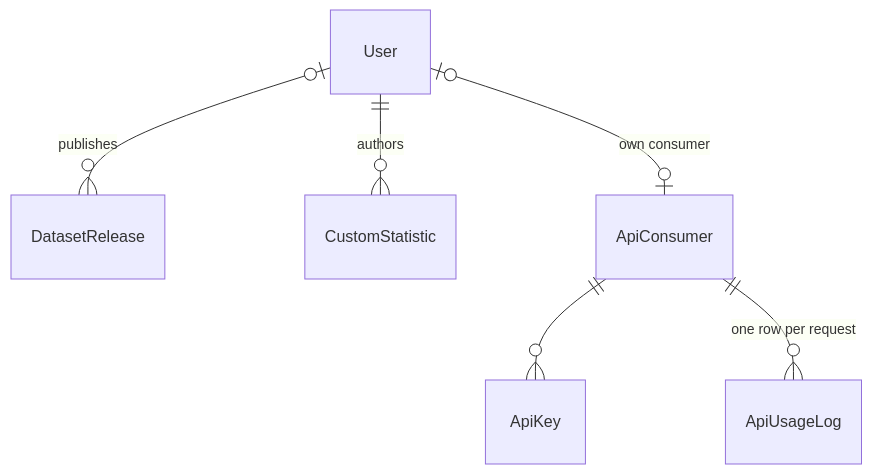
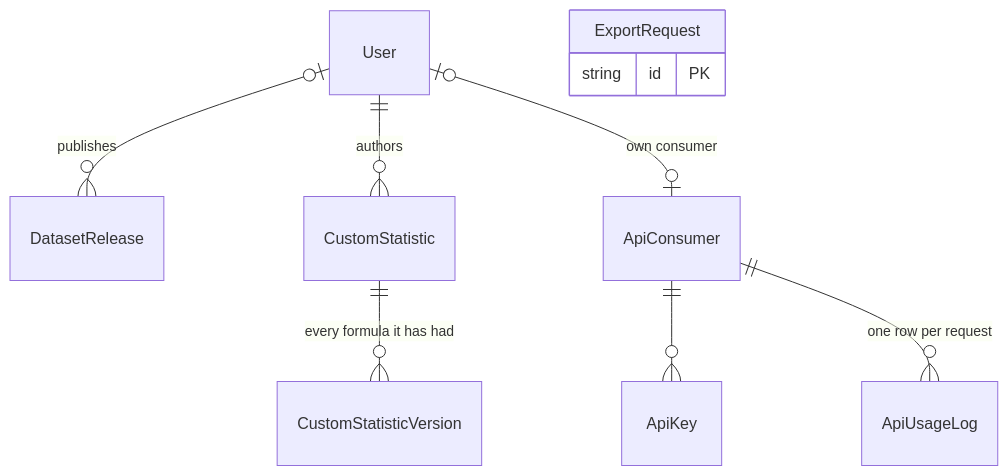
The fourth of 5 diagrams in docs/design/erd.md (Sports-Analytics-Innovation-Platform/Innovation-Documentation-Website), drawn with Mermaid before and after one commit. The commit also changed other lines of this file and 24 other files, not shown here.

````diff
--- a/docs/design/erd.md
+++ b/docs/design/erd.md
@@ -138,8 +143,12 @@
 ```mermaid
 erDiagram
     User |o--o{ DatasetRelease : "publishes"
     User ||--o{ CustomStatistic : "authors"
+    CustomStatistic ||--o{ CustomStatisticVersion : "every formula it has had"
     User |o--o| ApiConsumer : "own consumer"
     ApiConsumer ||--o{ ApiKey : ""
     ApiConsumer ||--o{ ApiUsageLog : "one row per request"
+    ExportRequest {
+        string id PK
+    }
 ```
````
